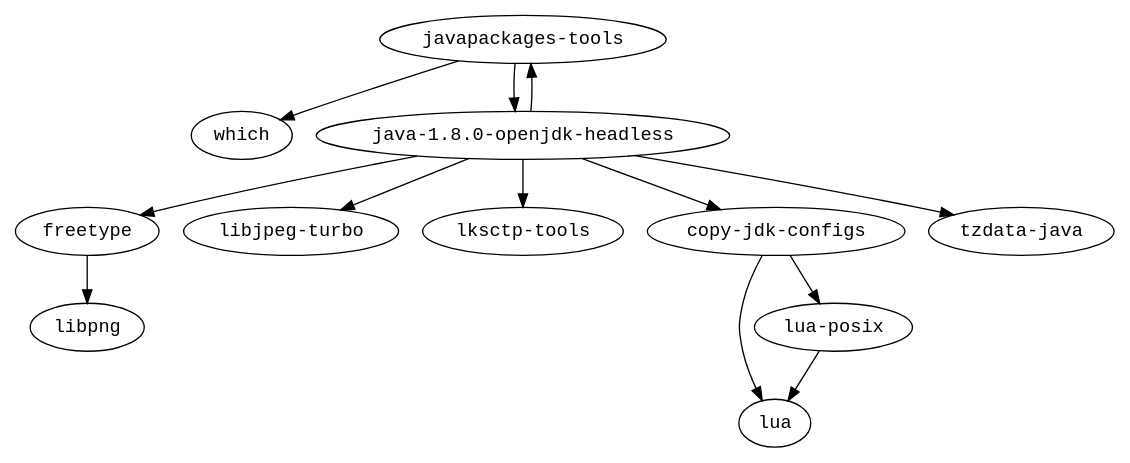
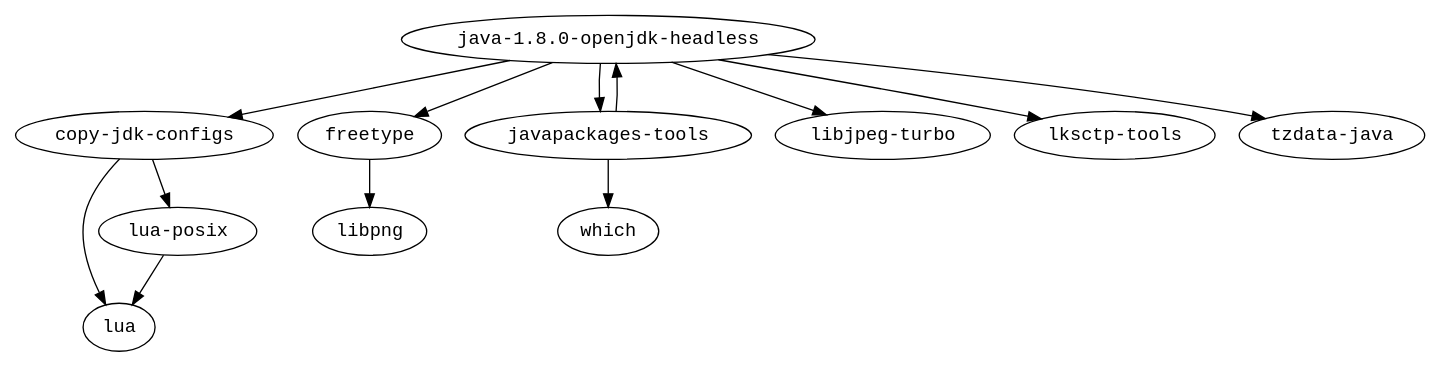
Before and after one commit to fedora-modularity/dependency-report: the diagram in modules/java/armv7hl/graph.dot, drawn with Graphviz. The commit also changed 189 other files, not shown here.

Commit message:
polish the graph output

```diff
--- a/modules/java/armv7hl/graph.dot
+++ b/modules/java/armv7hl/graph.dot
@@ -1,18 +1,15 @@
 strict digraph G {
 node [fontname=monospace];
-  "javapackages-tools" -> "which";
-  "javapackages-tools" -> "java-1.8.0-openjdk-headless";
-  "java-1.8.0-openjdk-headless" -> "javapackages-tools";
-  "java-1.8.0-openjdk-headless" -> "freetype";
-  "java-1.8.0-openjdk-headless" -> "libjpeg-turbo";
-  "java-1.8.0-openjdk-headless" -> "libjpeg-turbo";
-  "java-1.8.0-openjdk-headless" -> "lksctp-tools";
-  "java-1.8.0-openjdk-headless" -> "copy-jdk-configs";
-  "java-1.8.0-openjdk-headless" -> "tzdata-java";
-  "copy-jdk-configs" -> "lua";
   "copy-jdk-configs" -> "lua";
   "copy-jdk-configs" -> "lua-posix";
   "freetype" -> "libpng";
-  "freetype" -> "libpng";
+  "java-1.8.0-openjdk-headless" -> "copy-jdk-configs";
+  "java-1.8.0-openjdk-headless" -> "freetype";
+  "java-1.8.0-openjdk-headless" -> "javapackages-tools";
+  "java-1.8.0-openjdk-headless" -> "libjpeg-turbo";
+  "java-1.8.0-openjdk-headless" -> "lksctp-tools";
+  "java-1.8.0-openjdk-headless" -> "tzdata-java";
+  "javapackages-tools" -> "java-1.8.0-openjdk-headless";
+  "javapackages-tools" -> "which";
   "lua-posix" -> "lua";
 }
```
